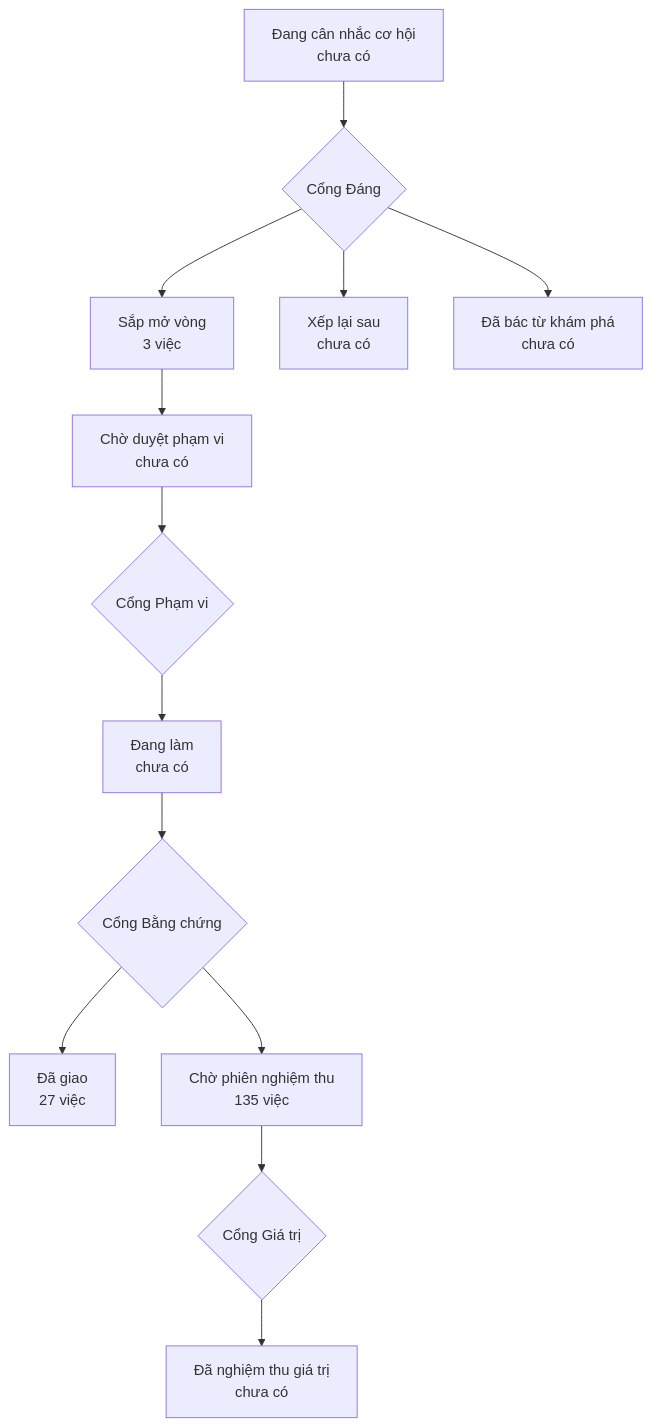
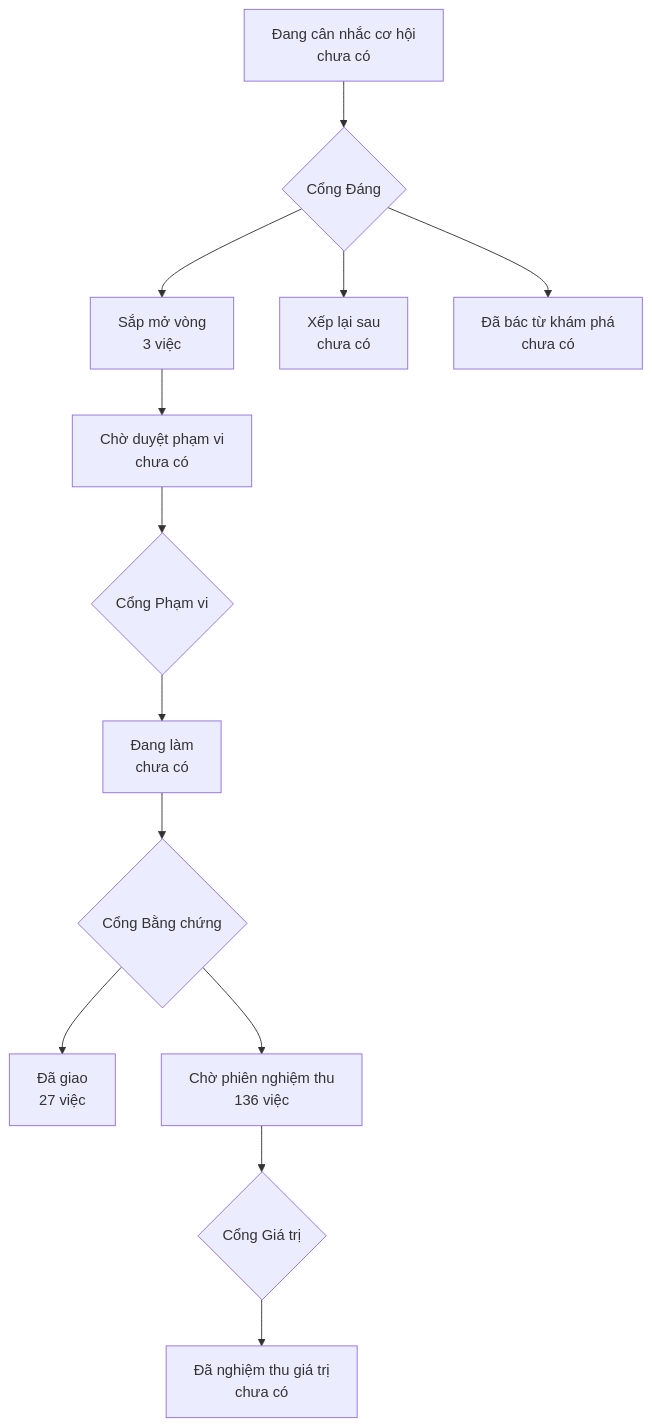
One commit to phanlemanh/onehub-quy-hang changed the diagram in PRODUCT-MAP.md. Above: the diagram before and after it, drawn with Mermaid. The commit also changed other lines of this file and 1 other file, not shown here.

Commit message:
chore(va-bai-o-la-do-ngau-nhien): vẽ lại bản đồ sau gộp main

````diff
--- a/PRODUCT-MAP.md
+++ b/PRODUCT-MAP.md
@@ -7,12 +7,12 @@
 ```mermaid
 flowchart TD
   A["Đang cân nhắc cơ hội<br/>chưa có"] --> GD{"Cổng Đáng"}
   GD --> B["Sắp mở vòng<br/>3 việc"]
   GD --> XL["Xếp lại sau<br/>chưa có"]
   GD --> DB["Đã bác từ khám phá<br/>chưa có"]
   B --> CD["Chờ duyệt phạm vi<br/>chưa có"] --> GP{"Cổng Phạm vi"}
   GP --> DL["Đang làm<br/>chưa có"] --> GB{"Cổng Bằng chứng"}
   GB --> DG["Đã giao<br/>27 việc"]
-  GB --> CN["Chờ phiên nghiệm thu<br/>135 việc"] --> GG{"Cổng Giá trị"}
+  GB --> CN["Chờ phiên nghiệm thu<br/>136 việc"] --> GG{"Cổng Giá trị"}
   GG --> NT["Đã nghiệm thu giá trị<br/>chưa có"]
 ```
````
